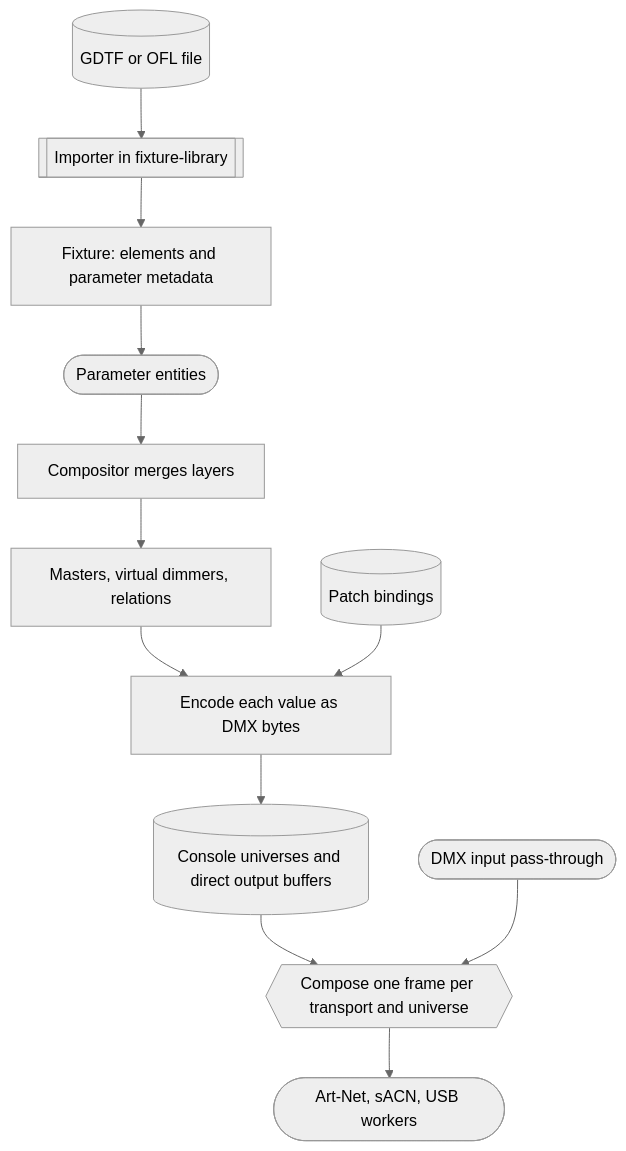
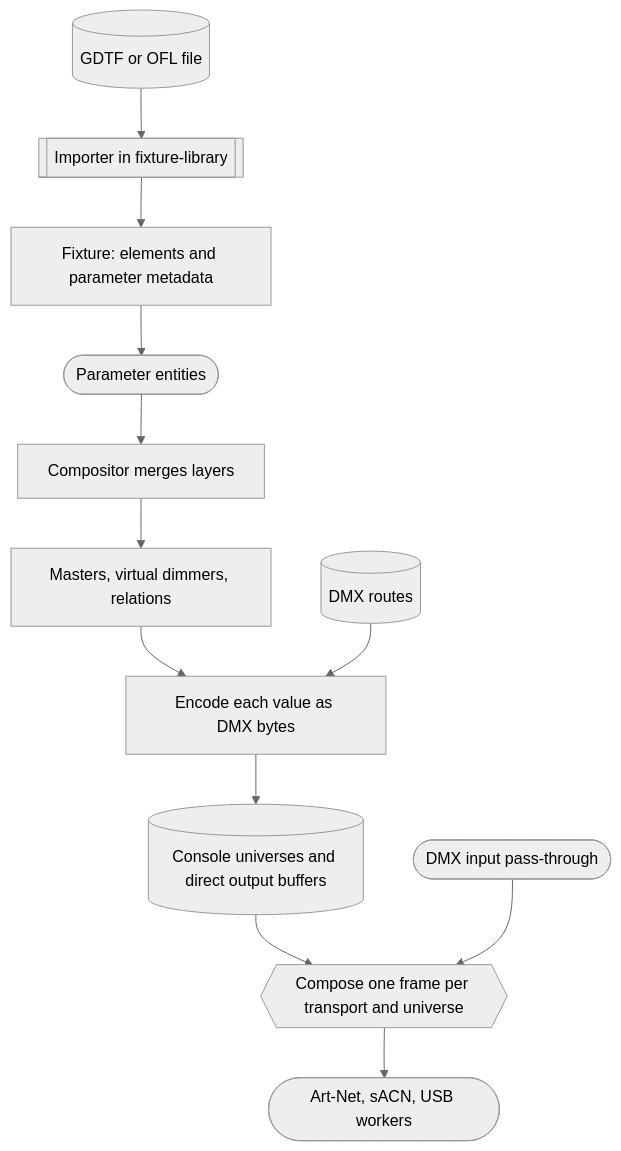
The first of 6 diagrams in docs/internal/src/domains/fixtures-and-output.md (stewartadam/nightfall-lightdesk), drawn with Mermaid (neutral theme) before and after one commit. The commit also changed other lines of this file and 9 other files, not shown here.

````diff
--- a/docs/internal/src/domains/fixtures-and-output.md
+++ b/docs/internal/src/domains/fixtures-and-output.md
@@ -13,16 +13,16 @@
 ```mermaid
 flowchart TB
   accTitle: From fixture profile to wire
-  accDescr: An importer converts a GDTF or OFL file into a fixture with elements and parameter metadata. Each parameter becomes a parameter entity. The compositor and the masters, virtual dimmer, and relation systems set each parameter's value. The value is encoded as DMX bytes at the addresses the patch bindings resolve, into console universes or direct output buffers. Output frame composition combines those with DMX input pass-through into one frame per transport and universe, which the output workers send.
+  accDescr: An importer converts a GDTF or OFL file into a fixture with elements and parameter metadata. Each parameter becomes a parameter entity. The compositor and the masters, virtual dimmer, and relation systems set each parameter's value. The value is encoded as DMX bytes at the addresses the DMX routes resolve, into console universes or direct output buffers. Output frame composition combines those with DMX input pass-through into one frame per transport and universe, which the output workers send.
   file[(GDTF or OFL file)] --> importer[[Importer in fixture-library]]
   importer --> fixture["Fixture: elements and parameter metadata"]
   fixture --> entities([Parameter entities])
   entities --> merge[Compositor merges layers]
   merge --> adjust[Masters, virtual dimmers, relations]
   adjust --> encode[Encode each value as DMX bytes]
-  bindings[(Patch bindings)] --> encode
+  routes[(DMX routes)] --> encode
   encode --> spaces[(Console universes and direct output buffers)]
   spaces --> compose{{Compose one frame per transport and universe}}
   input([DMX input pass-through]) --> compose
   compose --> wire([Art-Net, sACN, USB workers])
 ```
````
